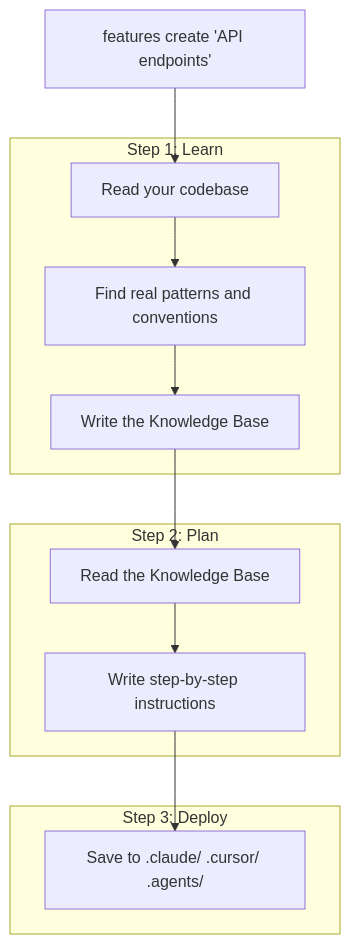
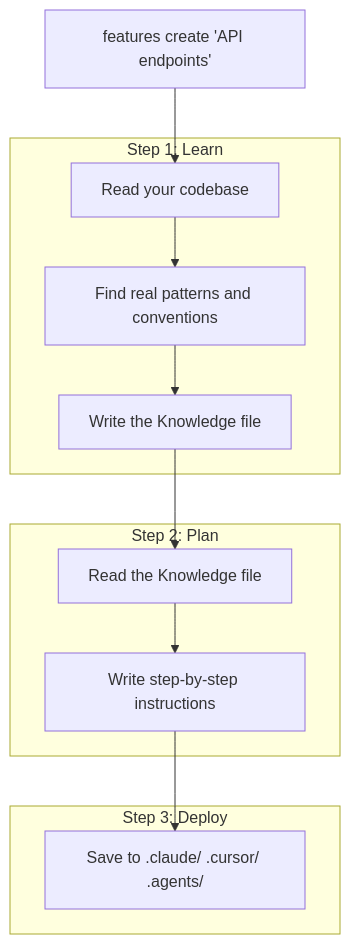
Before and after one commit to michael-elkabetz/features: the third of 3 diagrams in README.md, drawn with Mermaid. The commit also changed other lines of this file, not shown here.

````diff
--- a/README.md
+++ b/README.md
@@ -200,15 +202,15 @@
 ```mermaid
 flowchart TD
     A["features create 'API endpoints'"] --> B
     subgraph phase1 ["Step 1: Learn"]
-        B["Read your codebase"] --> C["Find real patterns and conventions"] --> D["Write the Knowledge Base"]
+        B["Read your codebase"] --> C["Find real patterns and conventions"] --> D["Write the Knowledge file"]
     end
     D --> E
     subgraph phase2 ["Step 2: Plan"]
-        E["Read the Knowledge Base"] --> F["Write step-by-step instructions"]
+        E["Read the Knowledge file"] --> F["Write step-by-step instructions"]
     end
     F --> G
     subgraph phase3 ["Step 3: Deploy"]
         G["Save to .claude/ .cursor/ .agents/"]
     end
 ```
````
